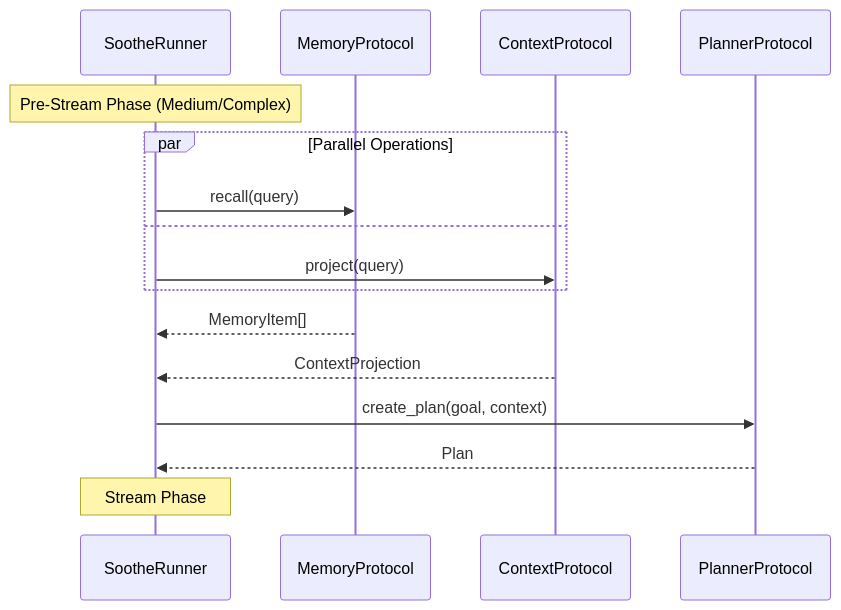
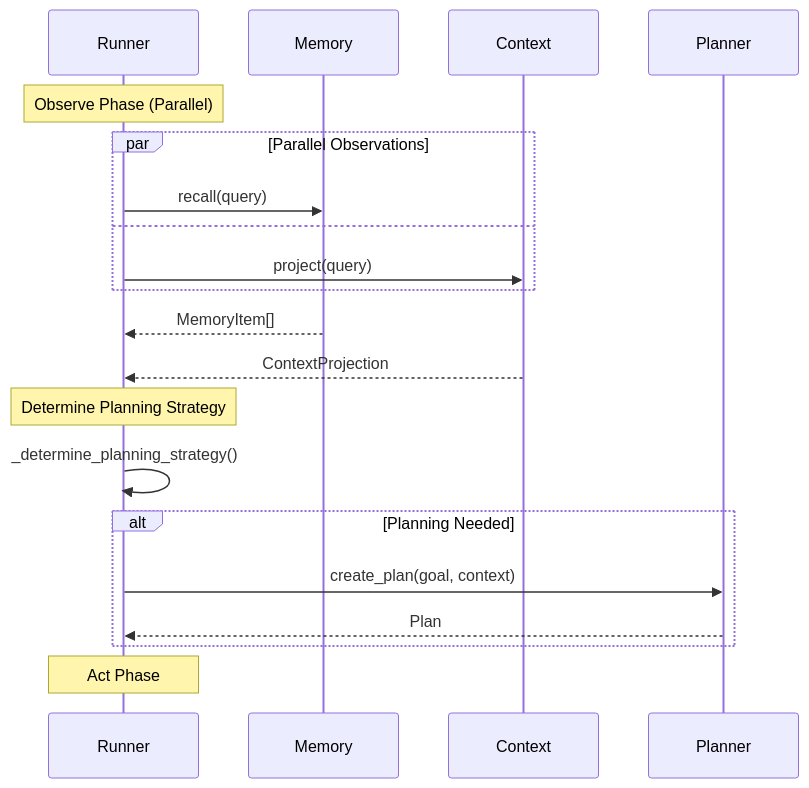
The third of 4 diagrams in docs/specs/RFC-0008.md (OpenSoothe/soothe), drawn with Mermaid before and after one commit. The commit also changed other lines of this file and 23 other files, not shown here.

First line of the commit message:
Implement agentic loop execution architecture

````diff
--- a/docs/specs/RFC-0008.md
+++ b/docs/specs/RFC-0008.md
@@ -335,23 +277,29 @@
 ```mermaid
 sequenceDiagram
-    participant Runner as SootheRunner
-    participant Memory as MemoryProtocol
-    participant Context as ContextProtocol
-    participant Planner as PlannerProtocol
+    participant Runner
+    participant Memory
+    participant Context
+    participant Planner
 
-    Note over Runner: Pre-Stream Phase (Medium/Complex)
+    Note over Runner: Observe Phase (Parallel)
 
-    par Parallel Operations
+    par Parallel Observations
         Runner->>Memory: recall(query)
         and
         Runner->>Context: project(query)
     end
 
     Memory-->>Runner: MemoryItem[]
     Context-->>Runner: ContextProjection
 
-    Runner->>Planner: create_plan(goal, context)
-    Planner-->>Runner: Plan
+    Note over Runner: Determine Planning Strategy
 
-    Note over Runner: Stream Phase
+    Runner->>Runner: _determine_planning_strategy()
+
+    alt Planning Needed
+        Runner->>Planner: create_plan(goal, context)
+        Planner-->>Runner: Plan
+    end
+
+    Note over Runner: Act Phase
 ```
````
